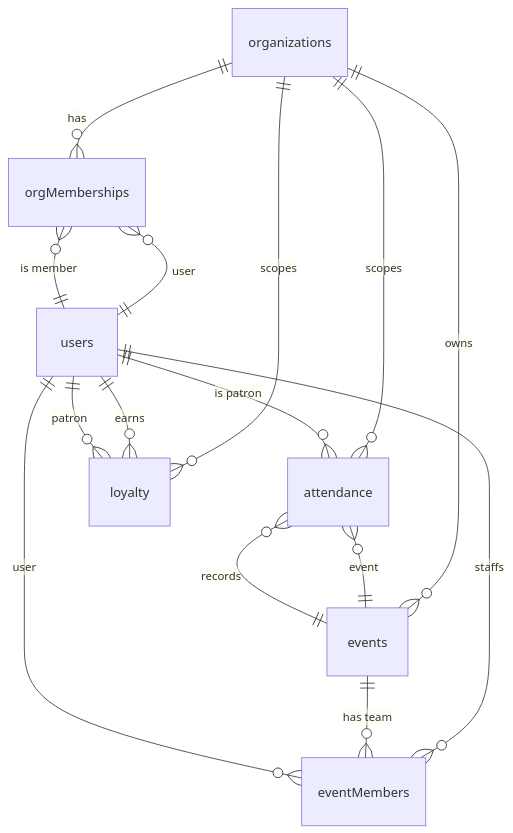
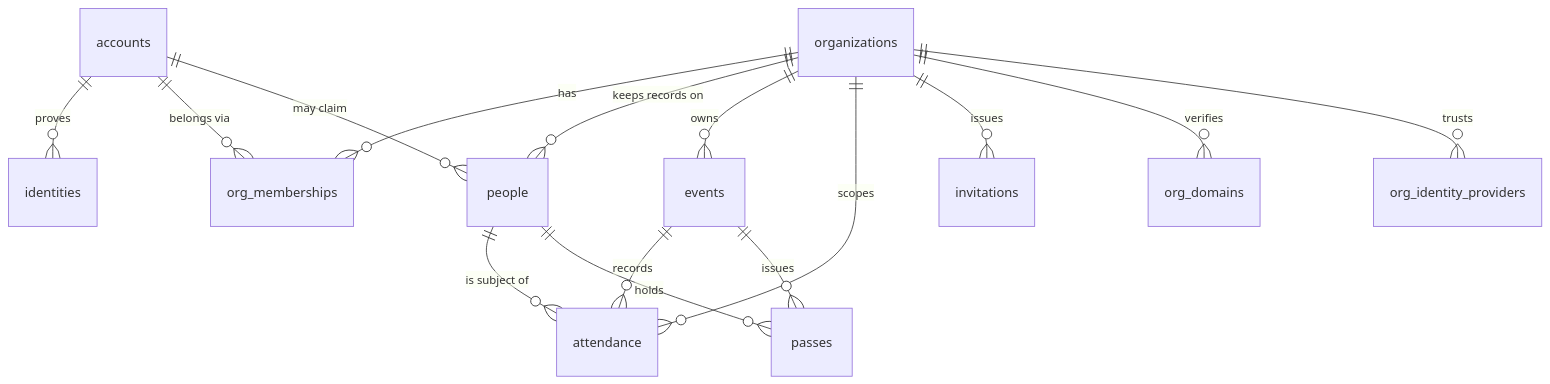
One commit to codewreaker/credopass changed the second of 2 diagrams in packages/lib/README.md. Above: the diagram before and after it, drawn with Mermaid. The commit also changed other lines of this file and 39 other files, not shown here.

````diff
--- a/packages/lib/README.md
+++ b/packages/lib/README.md
@@ -45,17 +61,17 @@
 ```mermaid
 erDiagram
-    organizations ||--o{ orgMemberships : has
+    accounts ||--o{ identities : "proves"
+    accounts ||--o{ org_memberships : "belongs via"
+    accounts ||--o{ people : "may claim"
+    organizations ||--o{ org_memberships : has
+    organizations ||--o{ people : "keeps records on"
     organizations ||--o{ events : owns
     organizations ||--o{ attendance : scopes
-    organizations ||--o{ loyalty : scopes
-    users ||--o{ orgMemberships : "is member"
-    users ||--o{ eventMembers : staffs
-    users ||--o{ attendance : "is patron"
-    users ||--o{ loyalty : earns
-    events ||--o{ eventMembers : "has team"
+    organizations ||--o{ invitations : issues
+    organizations ||--o{ org_domains : verifies
+    organizations ||--o{ org_identity_providers : "trusts"
     events ||--o{ attendance : records
-    orgMemberships }o--|| users : user
-    eventMembers }o--|| users : user
-    attendance }o--|| events : event
-    loyalty }o--|| users : patron
+    events ||--o{ passes : issues
+    people ||--o{ attendance : "is subject of"
+    people ||--o{ passes : holds
 ```
````
